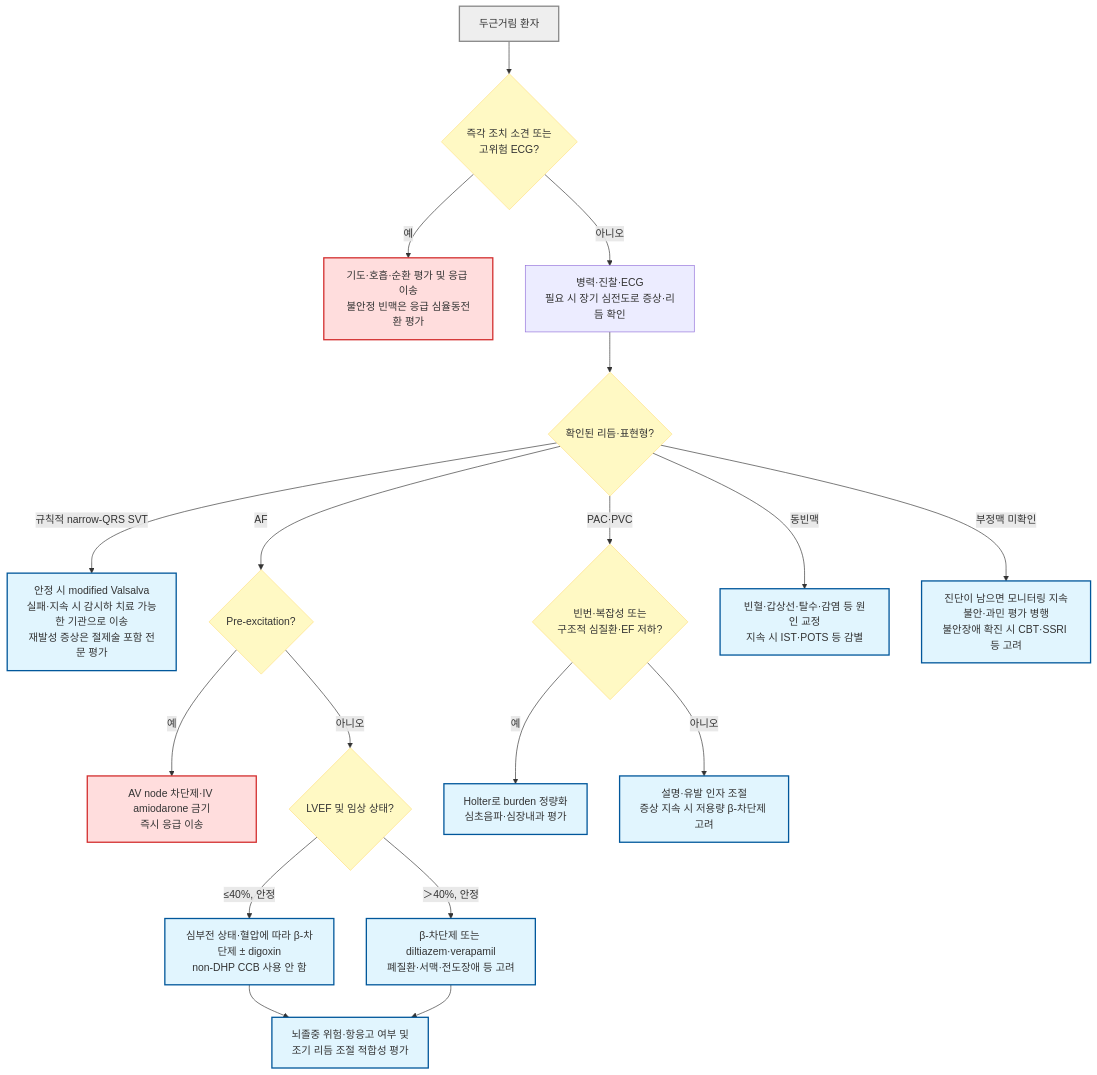
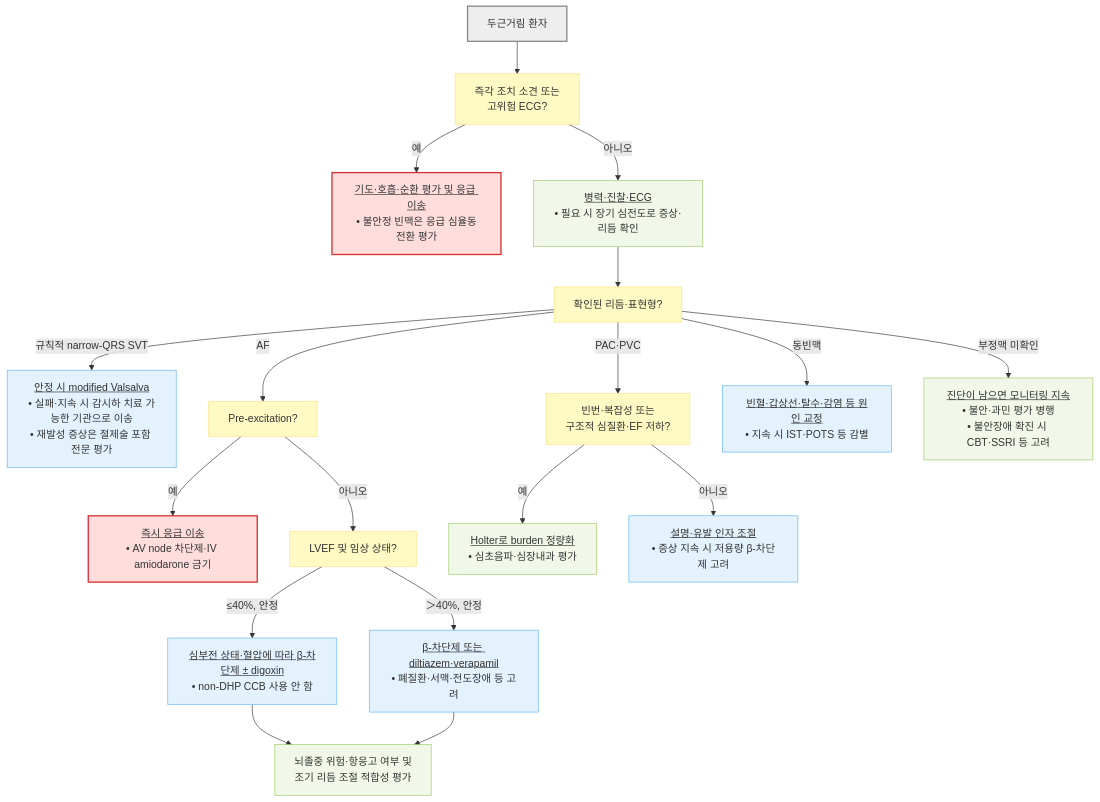
Before and after one commit to familyoh77/familyoh77: the diagram in 220_/009_-palpitation.md, drawn with Mermaid. The commit also changed 13 other files, not shown here.

````diff
--- a/220_/009_-palpitation.md
+++ b/220_/009_-palpitation.md
@@ -206,27 +206,31 @@
 ```mermaid
 flowchart TD
-    Start["두근거림 환자"] --> EmergencyQ{"즉각 조치 소견 또는<br>고위험 ECG?"}
-    EmergencyQ -- "예" --> Emergency["기도·호흡·순환 평가 및 응급 이송<br>불안정 빈맥은 응급 심율동전환 평가"]
-    EmergencyQ -- "아니오" --> Assess["병력·진찰·ECG<br>필요 시 장기 심전도로 증상·리듬 확인"]
-    Assess --> Rhythm{"확인된 리듬·표현형?"}
-    Rhythm -- "규칙적 narrow-QRS SVT" --> Vagal["안정 시 modified Valsalva<br>실패·지속 시 감시하 치료 가능한 기관으로 이송<br>재발성 증상은 절제술 포함 전문 평가"]
-    Rhythm -- "AF" --> PreEx{"Pre-excitation?"}
-    PreEx -- "예" --> WPW["AV node 차단제·IV amiodarone 금기<br>즉시 응급 이송"]
-    PreEx -- "아니오" --> EF{"LVEF 및 임상 상태?"}
-    EF -- "≤40%, 안정" --> AFhf["심부전 상태·혈압에 따라 β-차단제 ± digoxin<br>non-DHP CCB 사용 안 함"]
-    EF -- "＞40%, 안정" --> AFnormal["β-차단제 또는 diltiazem·verapamil<br>폐질환·서맥·전도장애 등 고려"]
-    AFhf --> Stroke["뇌졸중 위험·항응고 여부 및<br>조기 리듬 조절 적합성 평가"]
+    Start["두근거림 환자"] --> EmergencyQ["즉각 조치 소견 또는<br/>고위험 ECG?"]
+    EmergencyQ -- "예" --> Emergency["<u>기도·호흡·순환 평가 및 응급 이송</u><br/>• 불안정 빈맥은 응급 심율동전환 평가"]
+    EmergencyQ -- "아니오" --> Assess["<u>병력·진찰·ECG</u><br/>• 필요 시 장기 심전도로 증상·리듬 확인"]
+    Assess --> Rhythm["확인된 리듬·표현형?"]
+    Rhythm -- "규칙적 narrow-QRS SVT" --> Vagal["<u>안정 시 modified Valsalva</u><br/>• 실패·지속 시 감시하 치료 가능한 기관으로 이송<br/>• 재발성 증상은 절제술 포함 전문 평가"]
+    Rhythm -- "AF" --> PreEx["Pre-excitation?"]
+    PreEx -- "예" --> WPW["<u>즉시 응급 이송</u><br/>• AV node 차단제·IV amiodarone 금기"]
+    PreEx -- "아니오" --> EF["LVEF 및 임상 상태?"]
+    EF -- "≤40%, 안정" --> AFhf["<u>심부전 상태·혈압에 따라 β-차단제 ± digoxin</u><br/>• non-DHP CCB 사용 안 함"]
+    EF -- "＞40%, 안정" --> AFnormal["<u>β-차단제 또는 diltiazem·verapamil</u><br/>• 폐질환·서맥·전도장애 등 고려"]
+    AFhf --> Stroke["뇌졸중 위험·항응고 여부 및<br/>조기 리듬 조절 적합성 평가"]
     AFnormal --> Stroke
-    Rhythm -- "PAC·PVC" --> Burden{"빈번·복잡성 또는<br>구조적 심질환·EF 저하?"}
-    Burden -- "예" --> Refer["Holter로 burden 정량화<br>심초음파·심장내과 평가"]
-    Burden -- "아니오" --> Reassure["설명·유발 인자 조절<br>증상 지속 시 저용량 β-차단제 고려"]
-    Rhythm -- "동빈맥" --> Sinus["빈혈·갑상선·탈수·감염 등 원인 교정<br>지속 시 IST·POTS 등 감별"]
-    Rhythm -- "부정맥 미확인" --> Other["진단이 남으면 모니터링 지속<br>불안·과민 평가 병행<br>불안장애 확진 시 CBT·SSRI 등 고려"]
+    Rhythm -- "PAC·PVC" --> Burden["빈번·복잡성 또는<br/>구조적 심질환·EF 저하?"]
+    Burden -- "예" --> Refer["<u>Holter로 burden 정량화</u><br/>• 심초음파·심장내과 평가"]
+    Burden -- "아니오" --> Reassure["<u>설명·유발 인자 조절</u><br/>• 증상 지속 시 저용량 β-차단제 고려"]
+    Rhythm -- "동빈맥" --> Sinus["<u>빈혈·갑상선·탈수·감염 등 원인 교정</u><br/>• 지속 시 IST·POTS 등 감별"]
+    Rhythm -- "부정맥 미확인" --> Other["<u>진단이 남으면 모니터링 지속</u><br/>• 불안·과민 평가 병행<br/>• 불안장애 확진 시 CBT·SSRI 등 고려"]
+
+    classDef start fill:#eeeeee,stroke:#888888,stroke-width:2px
     classDef question fill:#fff9c4,stroke:#ffe082
-    classDef treatment fill:#e1f5fe,stroke:#01579b,stroke-width:2px
+    classDef emergency fill:#ffdddd,stroke:#d32f2f,stroke-width:2px
+    classDef evaluation fill:#f1f8e9,stroke:#9ccc65
+    classDef treatment fill:#e3f2fd,stroke:#64b5f6
+    class Start start
     class EmergencyQ,Rhythm,PreEx,EF,Burden question
-    class Vagal,AFhf,AFnormal,Stroke,Refer,Reassure,Sinus,Other treatment
-    style Emergency fill:#ffdddd,stroke:#d32f2f,stroke-width:2px
-    style WPW fill:#ffdddd,stroke:#d32f2f,stroke-width:2px
-    style Start fill:#eeeeee,stroke:#888888,stroke-width:2px
+    class Emergency,WPW emergency
+    class Assess,Stroke,Refer,Other evaluation
+    class Vagal,AFhf,AFnormal,Reassure,Sinus treatment
 ```
````
